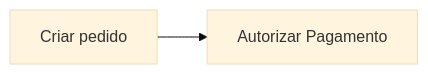
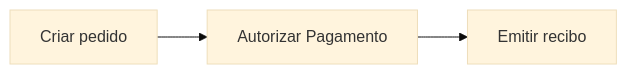
Before and after one commit to raywall/business-rules-plugin: the diagram in INSTRUCTIONS.md, drawn with Mermaid (base theme). The commit also changed other lines of this file and 7 other files, not shown here.

````diff
--- a/INSTRUCTIONS.md
+++ b/INSTRUCTIONS.md
@@ -508,6 +515,8 @@
 ```mermaid
 flowchart LR
   pedidos["Criar pedido"]
   pagamentos["Autorizar Pagamento"]
+  faturamento["Emitir recibo"]
   pedidos --> pagamentos
+  pagamentos --> faturamento
 ```
````
